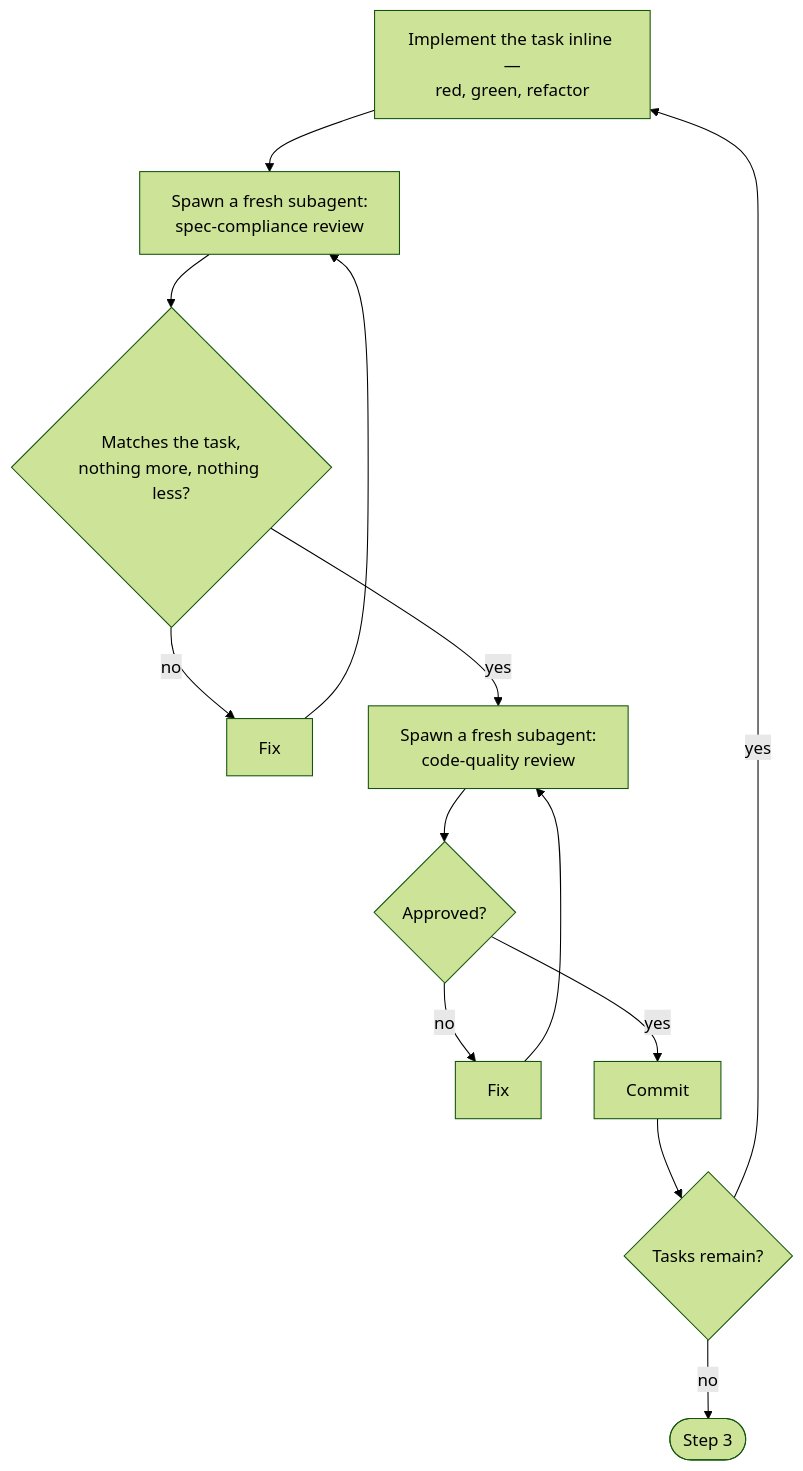
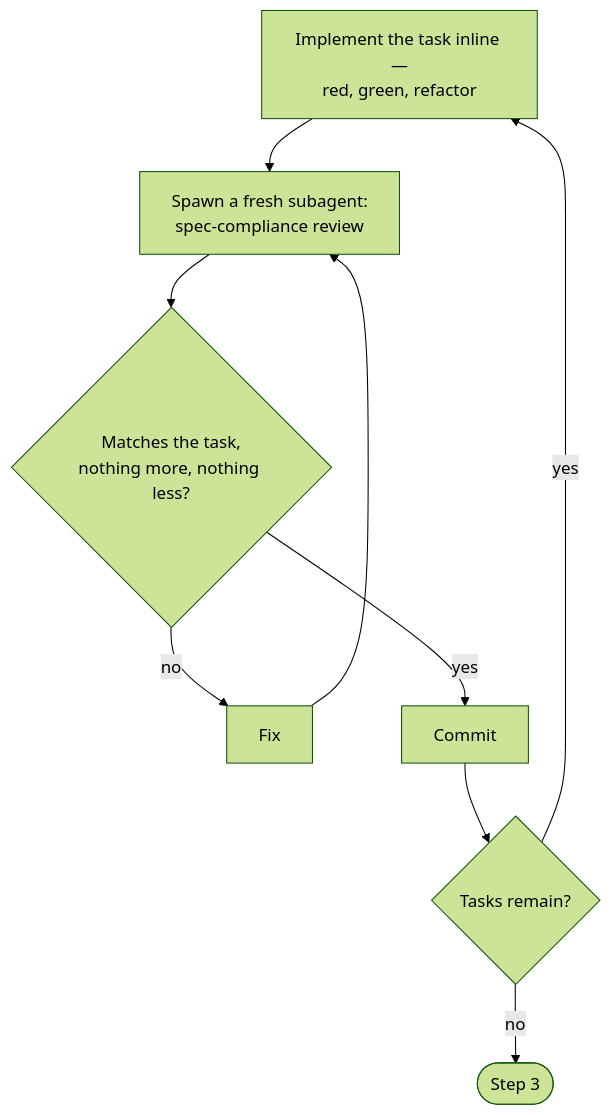
One commit to anhtrinh919/autobuild changed the diagram in skills/implement/SKILL.md. Above: the diagram before and after it, drawn with Mermaid (forest theme). The commit also changed other lines of this file and 1 other file, not shown here.

First line of the commit message:
Drop redundant per-task code-quality review and its round-escalation ladder

````diff
--- a/skills/implement/SKILL.md
+++ b/skills/implement/SKILL.md
@@ -69,12 +69,9 @@
 ```mermaid
 flowchart TD
     implement[Implement the task inline —\nred, green, refactor] --> specreview[Spawn a fresh subagent:\nspec-compliance review]
     specreview --> specok{Matches the task,\nnothing more, nothing less?}
-    specok -->|no| fix1[Fix] --> specreview
-    specok -->|yes| qualreview[Spawn a fresh subagent:\ncode-quality review]
-    qualreview --> qualok{Approved?}
-    qualok -->|no| fix2[Fix] --> qualreview
-    qualok -->|yes| commit[Commit] --> more{Tasks remain?}
+    specok -->|no| fix[Fix] --> specreview
+    specok -->|yes| commit[Commit] --> more{Tasks remain?}
     more -->|yes| implement
     more -->|no| next([Step 3])
 ```
````
